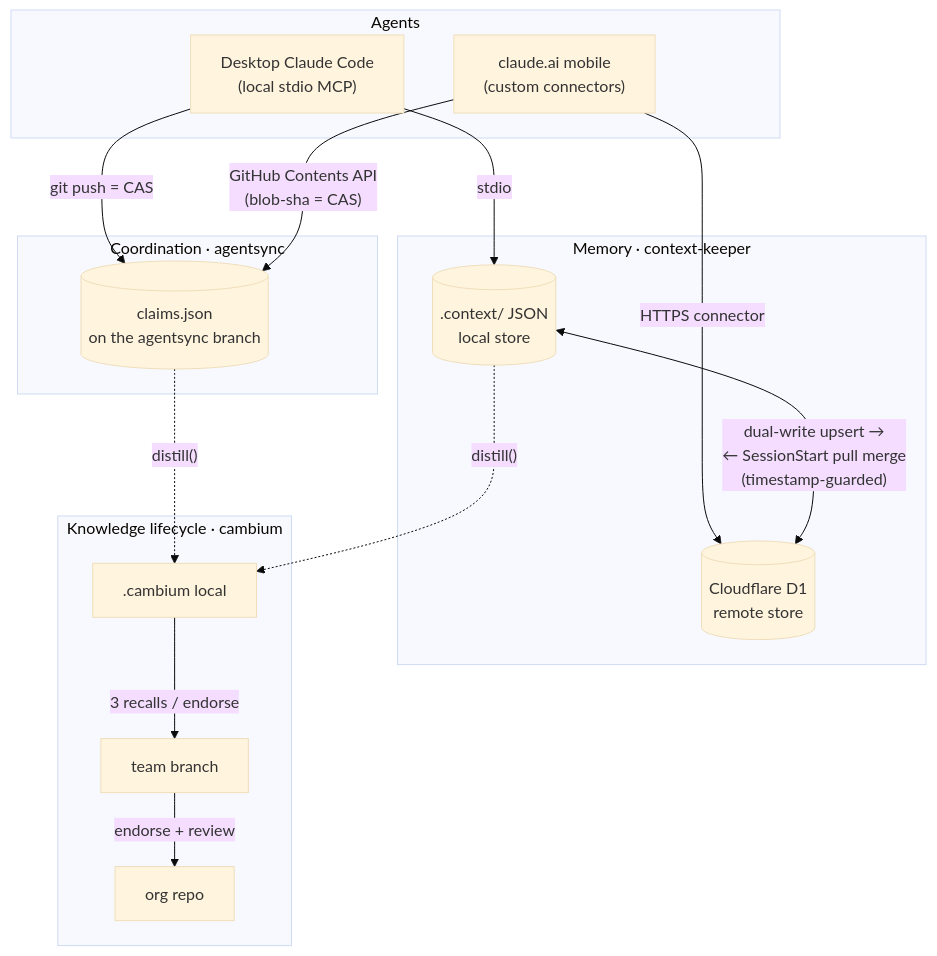
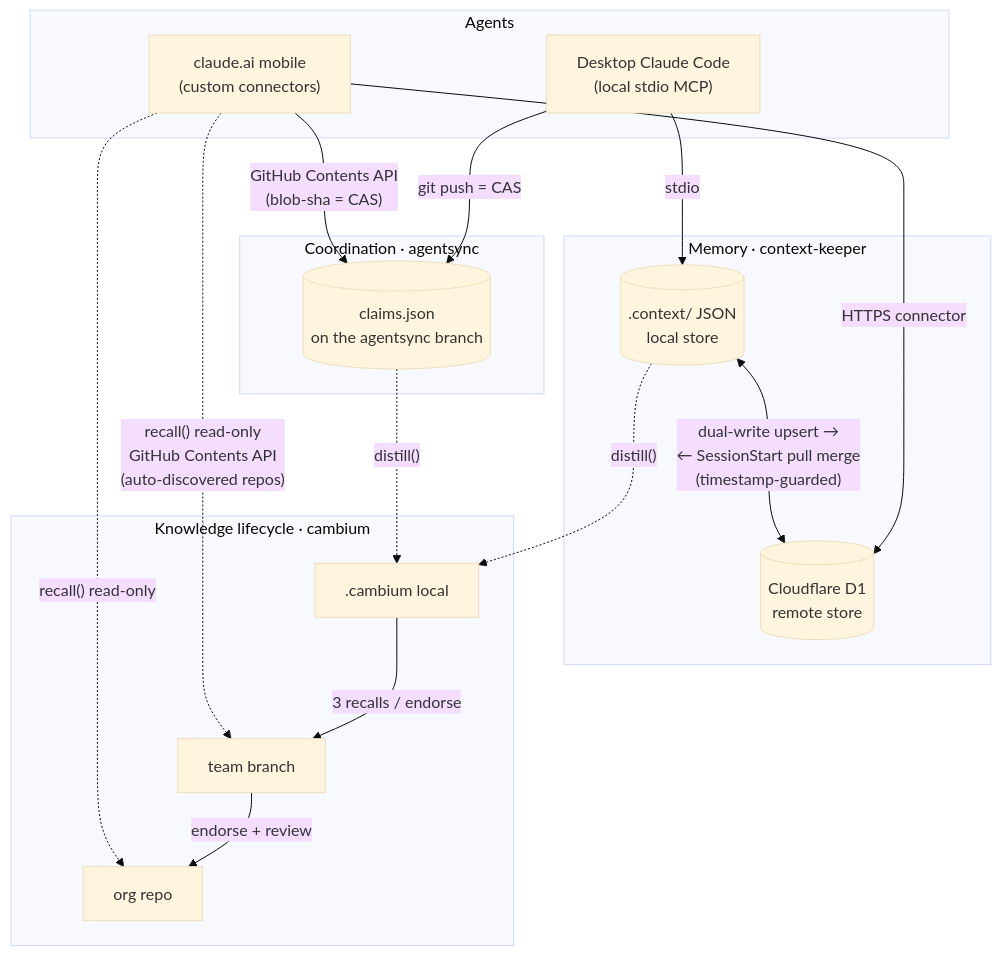
The diagram in README.md (jarmstrong158/Xylem), drawn with Mermaid (base theme) before and after one commit. The commit also changed other lines of this file and 1 other file, not shown here.

First line of the commit message:
docs: reflect cambium-remote going live (read-only team+org recall on mobile)

````diff
--- a/README.md
+++ b/README.md
@@ -69,32 +72,34 @@
 ```mermaid
 flowchart TB
     subgraph agents[Agents]
       PC["Desktop Claude Code<br/>(local stdio MCP)"]
       MOB["claude.ai mobile<br/>(custom connectors)"]
     end
 
     subgraph coord["Coordination · agentsync"]
       CLAIMS[("claims.json<br/>on the agentsync branch")]
     end
 
     subgraph mem["Memory · context-keeper"]
       LOCAL[(".context/ JSON<br/>local store")]
       D1[("Cloudflare D1<br/>remote store")]
     end
 
     subgraph know["Knowledge lifecycle · cambium"]
       KLOCAL[".cambium local"]
       KTEAM["team branch"]
       KORG["org repo"]
     end
 
     PC -- "git push = CAS" --> CLAIMS
     MOB -- "GitHub Contents API<br/>(blob-sha = CAS)" --> CLAIMS
     PC -- "stdio" --> LOCAL
     MOB -- "HTTPS connector" --> D1
     LOCAL <-- "dual-write upsert →<br/>← SessionStart pull merge<br/>(timestamp-guarded)" --> D1
     LOCAL -. "distill()" .-> KLOCAL
     CLAIMS -. "distill()" .-> KLOCAL
     KLOCAL -- "3 recalls / endorse" --> KTEAM
     KTEAM -- "endorse + review" --> KORG
+    MOB -. "recall() read-only<br/>GitHub Contents API<br/>(auto-discovered repos)" .-> KTEAM
+    MOB -. "recall() read-only" .-> KORG
 ```
````
